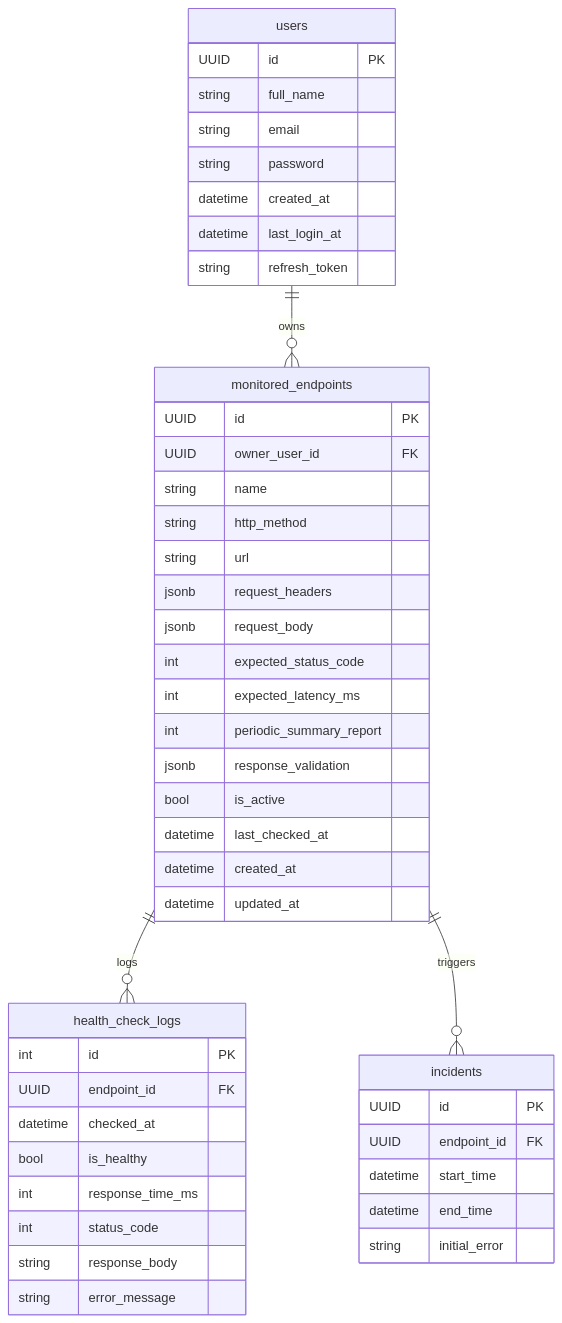
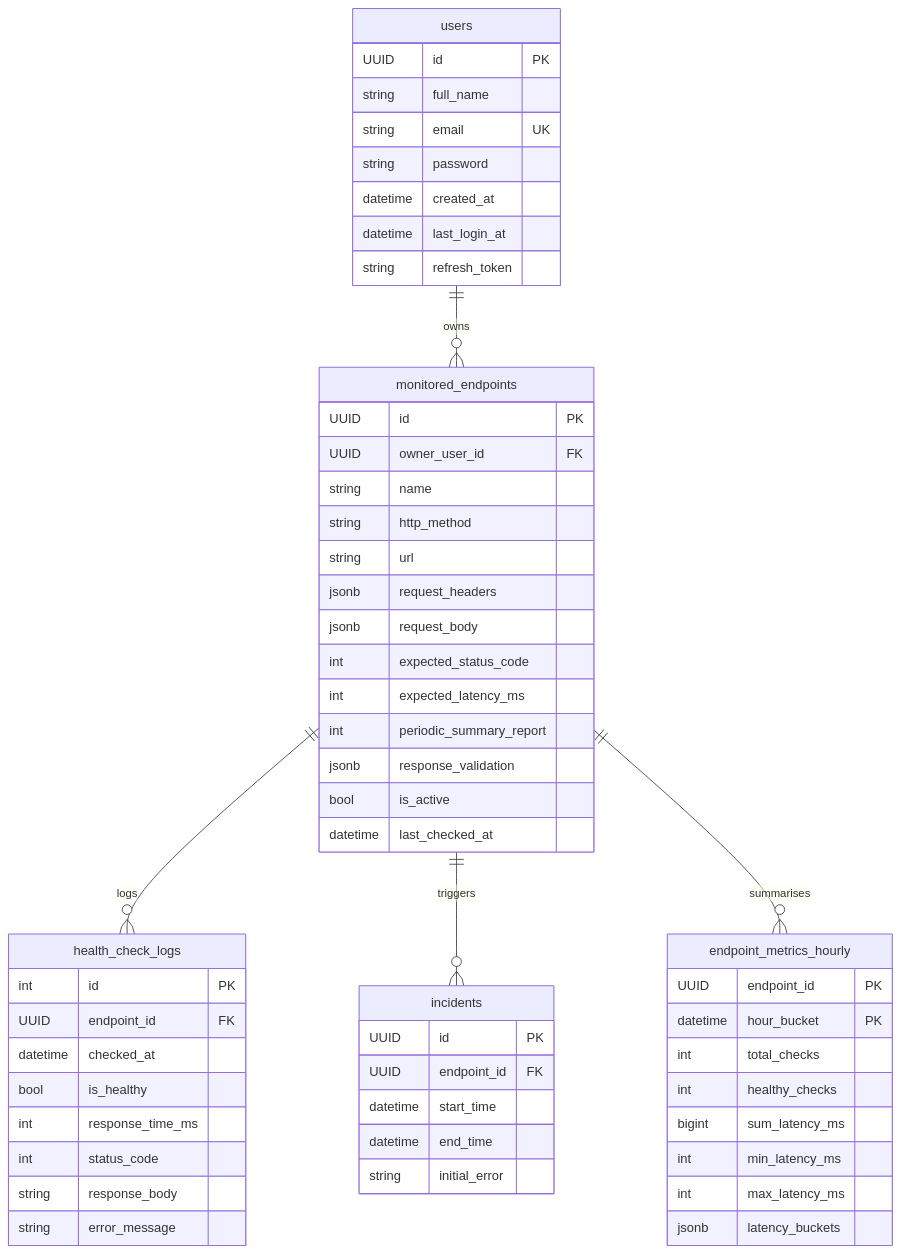
One commit to AryanHayaran/InternalApiMonitoringSystem changed the second of 7 diagrams in docs/architecture.md. Above: the diagram before and after it, drawn with Mermaid. The commit also changed other lines of this file and 6 other files, not shown here.

````diff
--- a/docs/architecture.md
+++ b/docs/architecture.md
@@ -107,53 +155,59 @@
 ```mermaid
 erDiagram
     users {
         UUID id PK
         string full_name
-        string email
+        string email UK
         string password
         datetime created_at
         datetime last_login_at
         string refresh_token
     }
-
     monitored_endpoints {
         UUID id PK
         UUID owner_user_id FK
         string name
         string http_method
         string url
         jsonb request_headers
         jsonb request_body
         int expected_status_code
         int expected_latency_ms
         int periodic_summary_report
         jsonb response_validation
         bool is_active
         datetime last_checked_at
-        datetime created_at
-        datetime updated_at
     }
-
     health_check_logs {
         int id PK
         UUID endpoint_id FK
         datetime checked_at
         bool is_healthy
         int response_time_ms
         int status_code
         string response_body
         string error_message
     }
-
     incidents {
         UUID id PK
         UUID endpoint_id FK
         datetime start_time
         datetime end_time
         string initial_error
     }
+    endpoint_metrics_hourly {
+        UUID endpoint_id PK
+        datetime hour_bucket PK
+        int total_checks
+        int healthy_checks
+        bigint sum_latency_ms
+        int min_latency_ms
+        int max_latency_ms
+        jsonb latency_buckets
+    }
 
-    users ||--o{ monitored_endpoints : "owns"
-    monitored_endpoints ||--o{ health_check_logs : "logs"
-    monitored_endpoints ||--o{ incidents : "triggers"
+    users ||--o{ monitored_endpoints : owns
+    monitored_endpoints ||--o{ health_check_logs : logs
+    monitored_endpoints ||--o{ incidents : triggers
+    monitored_endpoints ||--o{ endpoint_metrics_hourly : summarises
 ```
````
